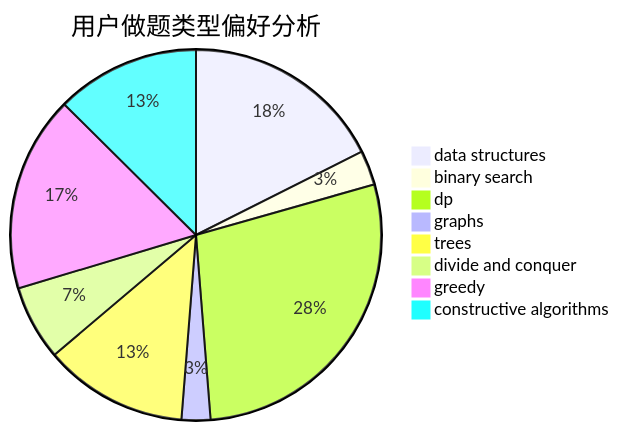
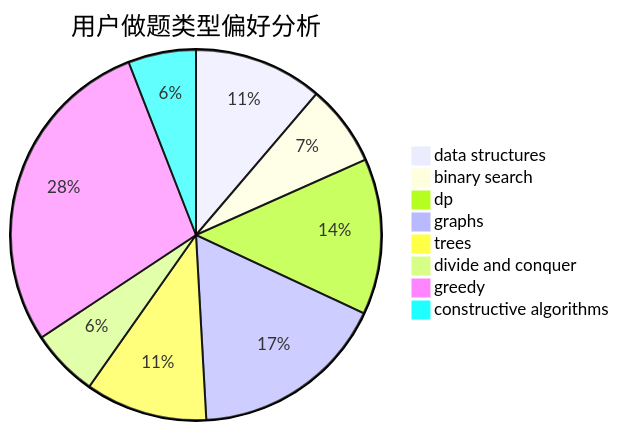
The second of 3 diagrams in docs/user/u2497.md (sherpahu/cfrs.github.io), drawn with Mermaid before and after one commit. The commit also changed other lines of this file and 2770 other files, not shown here.

````diff
--- a/docs/user/u2497.md
+++ b/docs/user/u2497.md
@@ -23,11 +23,11 @@
 ```mermaid
 pie title 用户做题类型偏好分析
-    "data structures" :  35
-    "binary search" :  6
-    "dp" :  56
-    "graphs" :  5
-    "trees" :  25
-    "divide and conquer" :  13
-    "greedy" :  34
-    "constructive algorithms" :  25
+    "data structures" :  19
+    "binary search" :  12
+    "dp" :  23
+    "graphs" :  29
+    "trees" :  18
+    "divide and conquer" :  10
+    "greedy" :  48
+    "constructive algorithms" :  10
 ```
````
